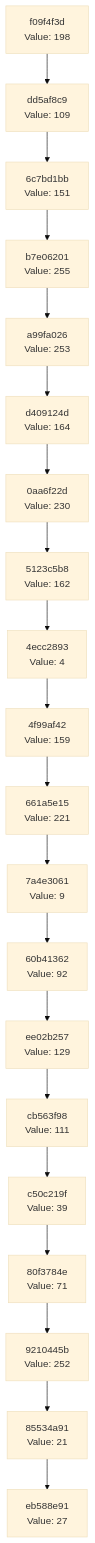
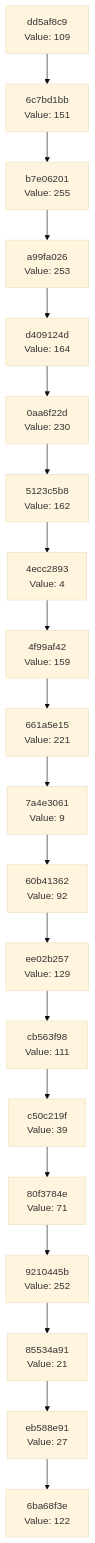
Before and after one commit to Abhisheksinha1506/hash-chain-evolver: the diagram in docs/CHAIN_VISUALIZATION.md, drawn with Mermaid (base theme). The commit also changed 3 other files, not shown here.

````diff
--- a/docs/CHAIN_VISUALIZATION.md
+++ b/docs/CHAIN_VISUALIZATION.md
@@ -3,42 +3,42 @@
 ```mermaid
 graph TD
-    C0["eb588e91<br/>Value: 27"]
-    C1["85534a91<br/>Value: 21"]
+    C0["6ba68f3e<br/>Value: 122"]
+    C1["eb588e91<br/>Value: 27"]
     C1 --> C0
-    C2["9210445b<br/>Value: 252"]
+    C2["85534a91<br/>Value: 21"]
     C2 --> C1
-    C3["80f3784e<br/>Value: 71"]
+    C3["9210445b<br/>Value: 252"]
     C3 --> C2
-    C4["c50c219f<br/>Value: 39"]
+    C4["80f3784e<br/>Value: 71"]
     C4 --> C3
-    C5["cb563f98<br/>Value: 111"]
+    C5["c50c219f<br/>Value: 39"]
     C5 --> C4
-    C6["ee02b257<br/>Value: 129"]
+    C6["cb563f98<br/>Value: 111"]
     C6 --> C5
-    C7["60b41362<br/>Value: 92"]
+    C7["ee02b257<br/>Value: 129"]
     C7 --> C6
-    C8["7a4e3061<br/>Value: 9"]
+    C8["60b41362<br/>Value: 92"]
     C8 --> C7
-    C9["661a5e15<br/>Value: 221"]
+    C9["7a4e3061<br/>Value: 9"]
     C9 --> C8
-    C10["4f99af42<br/>Value: 159"]
+    C10["661a5e15<br/>Value: 221"]
     C10 --> C9
-    C11["4ecc2893<br/>Value: 4"]
+    C11["4f99af42<br/>Value: 159"]
     C11 --> C10
-    C12["5123c5b8<br/>Value: 162"]
+    C12["4ecc2893<br/>Value: 4"]
     C12 --> C11
-    C13["0aa6f22d<br/>Value: 230"]
+    C13["5123c5b8<br/>Value: 162"]
     C13 --> C12
-    C14["d409124d<br/>Value: 164"]
+    C14["0aa6f22d<br/>Value: 230"]
     C14 --> C13
-    C15["a99fa026<br/>Value: 253"]
+    C15["d409124d<br/>Value: 164"]
     C15 --> C14
-    C16["b7e06201<br/>Value: 255"]
+    C16["a99fa026<br/>Value: 253"]
     C16 --> C15
-    C17["6c7bd1bb<br/>Value: 151"]
+    C17["b7e06201<br/>Value: 255"]
     C17 --> C16
-    C18["dd5af8c9<br/>Value: 109"]
+    C18["6c7bd1bb<br/>Value: 151"]
     C18 --> C17
-    C19["f09f4f3d<br/>Value: 198"]
+    C19["dd5af8c9<br/>Value: 109"]
     C19 --> C18
 ```
````
